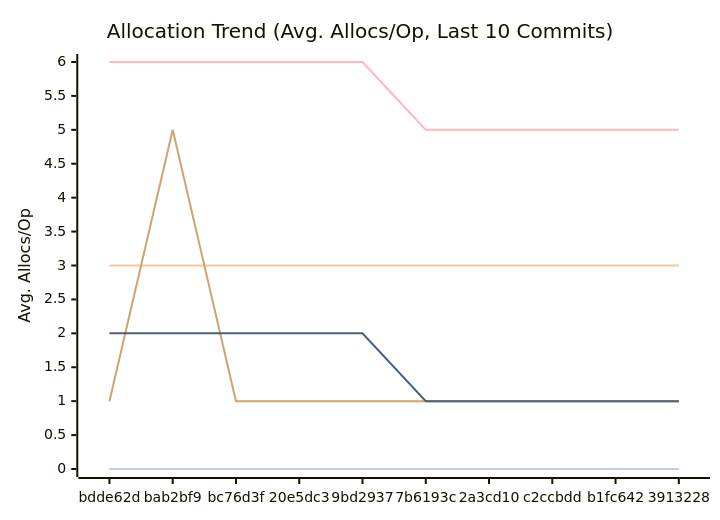
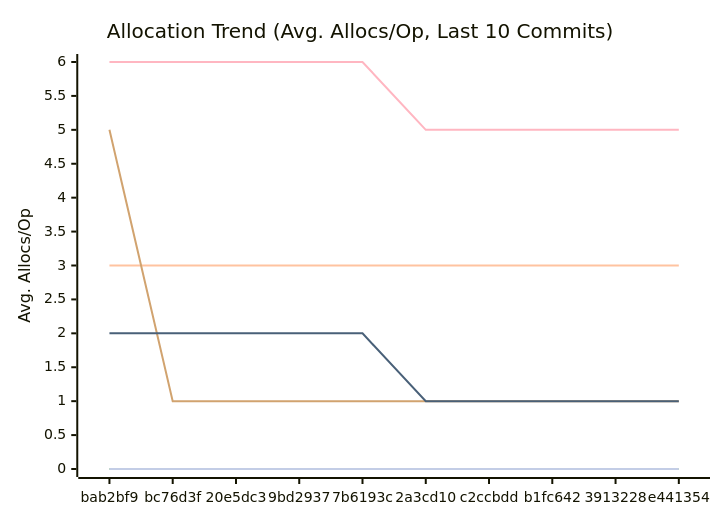
Before and after one commit to alsotoes/momo: the third of 3 diagrams in docs/PERFORMANCE.md, drawn with Mermaid. The commit also changed other lines of this file and 2 other files, not shown here.

````diff
--- a/docs/PERFORMANCE.md
+++ b/docs/PERFORMANCE.md
@@ -114,16 +114,16 @@
 ```mermaid
 xychart-beta
     title "Allocation Trend (Avg. Allocs/Op, Last 10 Commits)"
     x-axis "Commit"
     y-axis "Avg. Allocs/Op"
-    x-axis [bdde62d,bab2bf9,bc76d3f,20e5dc3,9bd2937,7b6193c,2a3cd10,c2ccbdd,b1fc642,3913228]
+    x-axis [bab2bf9,bc76d3f,20e5dc3,9bd2937,7b6193c,2a3cd10,c2ccbdd,b1fc642,3913228,e441354]
     line "CheckMetricsAndSwap" [0,0,0,0,0,0,0,0,0,0]
     line "CrushOptimized" [0,0,0,0,0,0,0,0,0,0]
     line "CrushOriginal" [3,3,3,3,3,3,3,3,3,3]
     line "IndexDirectTracking" [0,0,0,0,0,0,0,0,0,0]
     line "IndexSearch" [0,0,0,0,0,0,0,0,0,0]
-    line "LoadGlobalConfig" [1,5,1,1,1,1,1,1,1,1]
+    line "LoadGlobalConfig" [5,1,1,1,1,1,1,1,1,1]
     line "PadString" [0,0,0,0,0,0,0,0,0,0]
     line "ParseReplicationOrder_NoPrealloc" [6,6,6,6,6,5,5,5,5,5]
     line "ParseReplicationOrder_Prealloc" [2,2,2,2,2,1,1,1,1,1]
 ```
````
